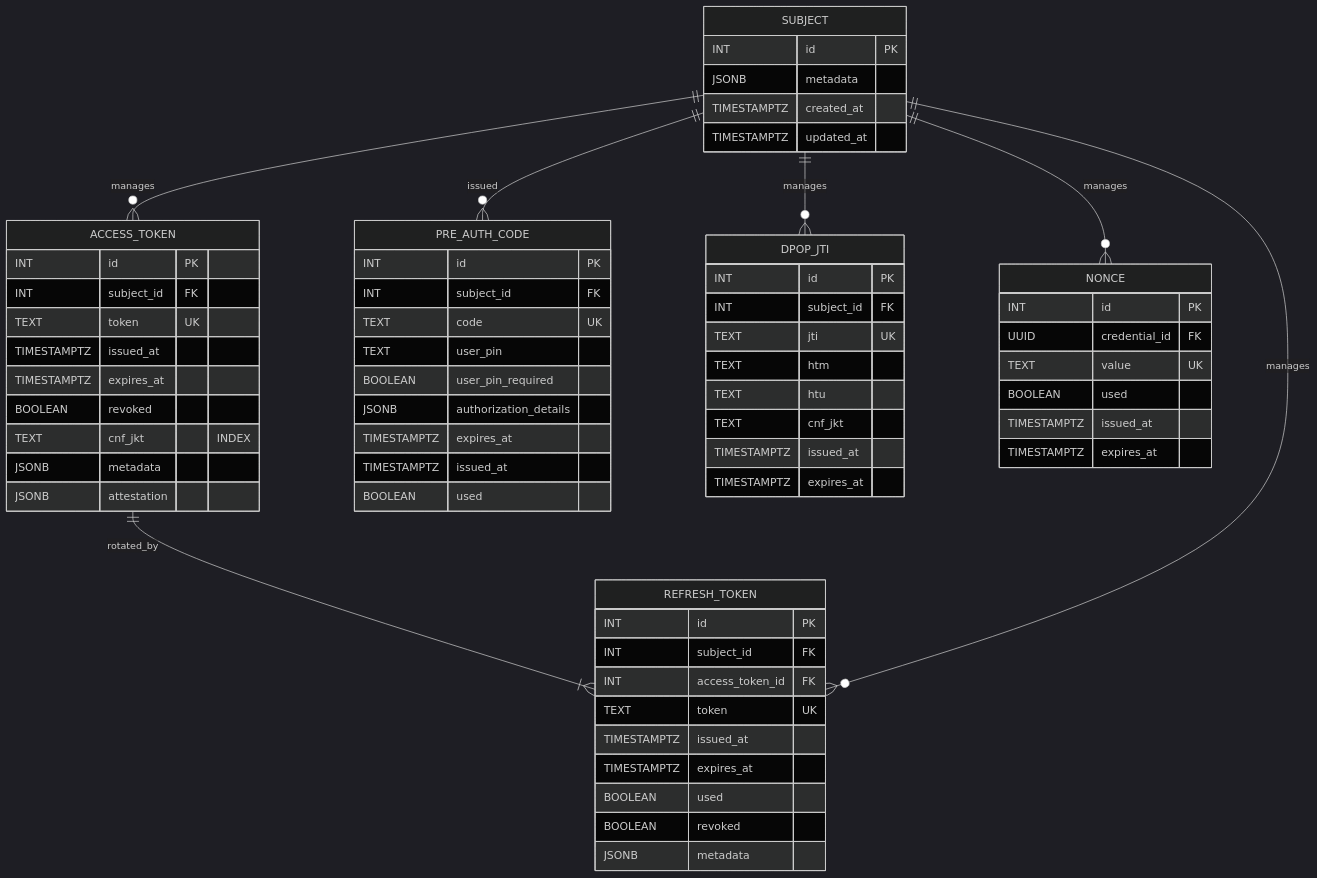
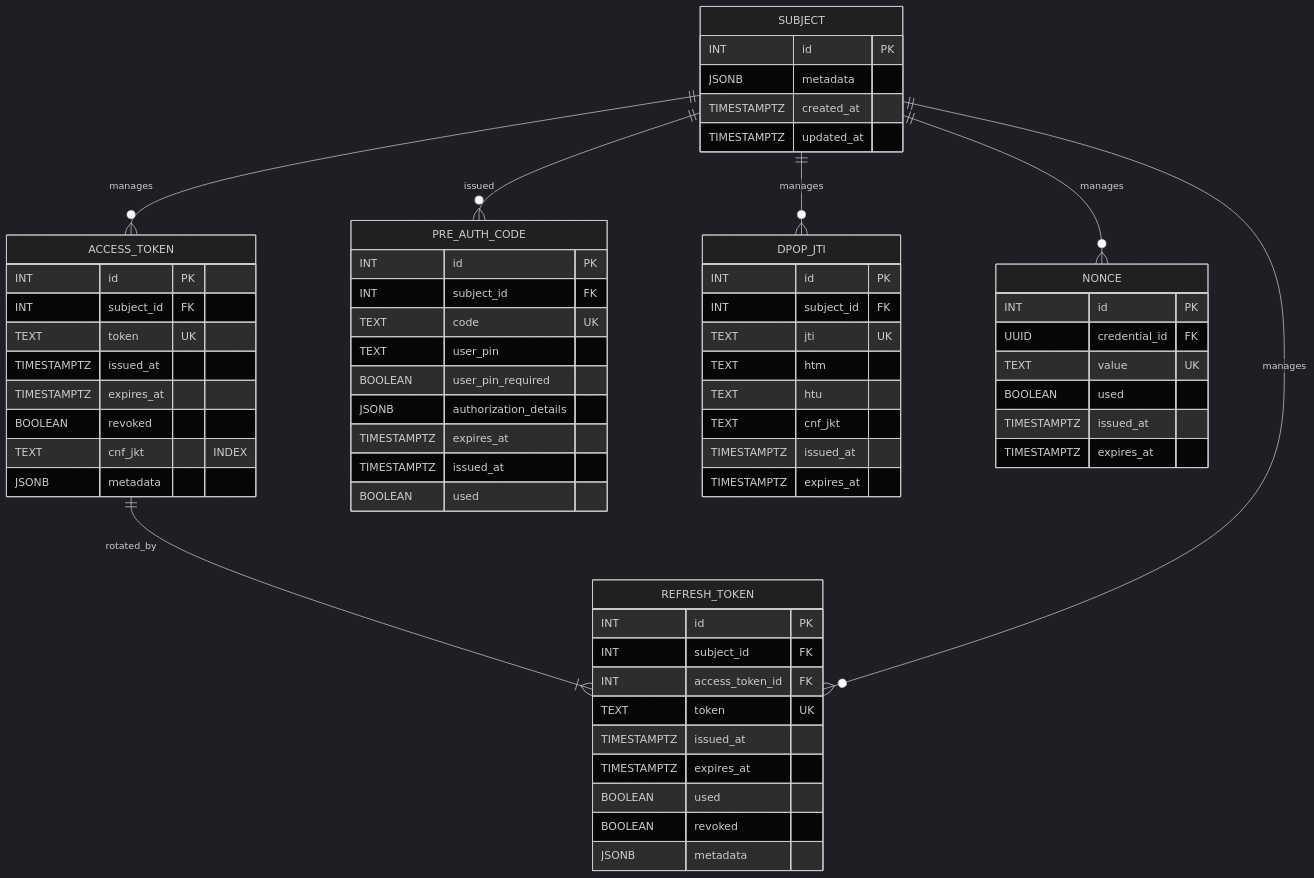
The eighth of 8 diagrams in README.md (weiiv/di-auth-server), drawn with Mermaid (dark theme) before and after one commit. The commit also changed other lines of this file, not shown here.

Commit message:
update attestation flow

````diff
--- a/README.md
+++ b/README.md
@@ -900,72 +905,71 @@
 ```mermaid
 erDiagram
     ACCESS_TOKEN ||--|{ REFRESH_TOKEN : rotated_by
     SUBJECT ||--o{ PRE_AUTH_CODE : issued
     SUBJECT ||--o{ ACCESS_TOKEN : manages
     SUBJECT ||--o{ REFRESH_TOKEN : manages
     SUBJECT ||--o{ DPOP_JTI : manages
     SUBJECT ||--o{ NONCE : manages
 
     SUBJECT {
         INT id PK
         JSONB metadata
         TIMESTAMPTZ created_at
         TIMESTAMPTZ updated_at
     }
 
     PRE_AUTH_CODE {
         INT id PK
         INT subject_id FK
         TEXT code UK
         TEXT user_pin
         BOOLEAN user_pin_required
         JSONB authorization_details
         TIMESTAMPTZ expires_at
         TIMESTAMPTZ issued_at
         BOOLEAN used
     }
 
     ACCESS_TOKEN {
         INT id PK
         INT subject_id FK
         TEXT token UK
         TIMESTAMPTZ issued_at
         TIMESTAMPTZ expires_at
         BOOLEAN revoked
         TEXT cnf_jkt "INDEX"
         JSONB metadata
-        JSONB attestation
     }
 
     REFRESH_TOKEN {
         INT id PK
         INT subject_id FK
         INT access_token_id FK
         TEXT token UK
         TIMESTAMPTZ issued_at
         TIMESTAMPTZ expires_at
         BOOLEAN used
         BOOLEAN revoked
         JSONB metadata
     }
 
     DPOP_JTI {
         INT id PK
         INT subject_id FK
         TEXT jti UK
         TEXT htm
         TEXT htu
         TEXT cnf_jkt
         TIMESTAMPTZ issued_at
         TIMESTAMPTZ expires_at
     }
 
     NONCE {
         INT id PK
         UUID credential_id FK
         TEXT value UK
         BOOLEAN used
         TIMESTAMPTZ issued_at
         TIMESTAMPTZ expires_at
     }
 ```
````
